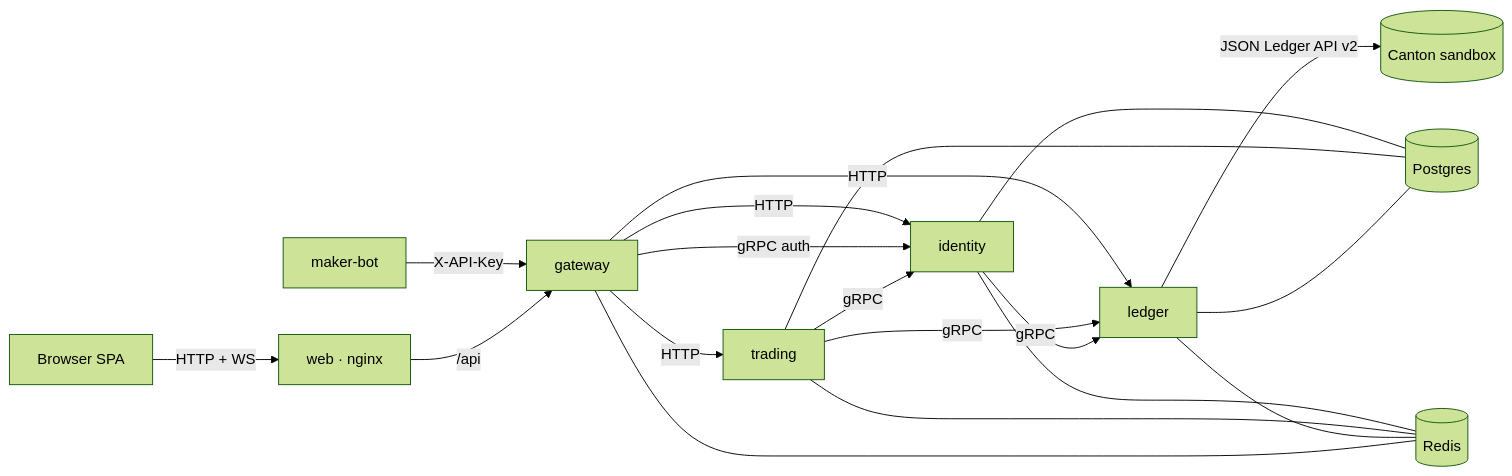
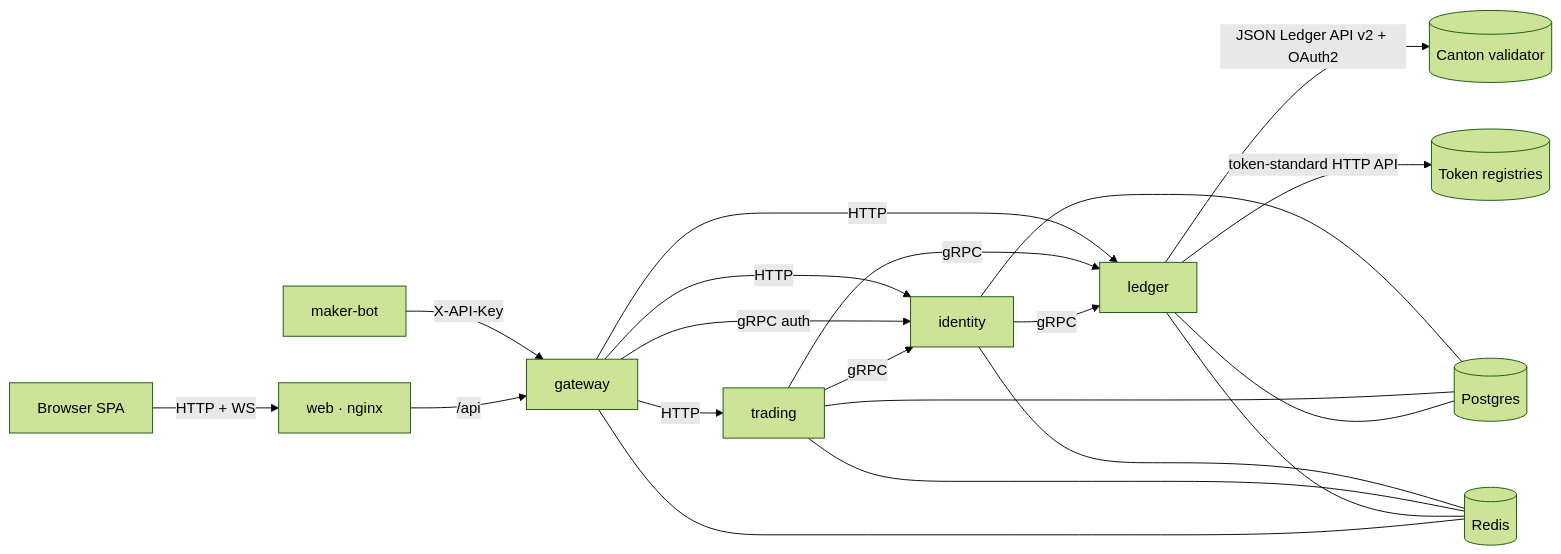
One commit to vbloher/canton-private-otc-desk changed the diagram in README.md. Above: the diagram before and after it, drawn with Mermaid (forest theme). The commit also changed other lines of this file and 426 other files, not shown here.

First line of the commit message:
Connect to real Canton networks and drop the sandbox

````diff
--- a/README.md
+++ b/README.md
@@ -37,21 +39,22 @@
 ```mermaid
 graph LR
   B[Browser SPA] -->|HTTP + WS| W[web · nginx]
   BOT[maker-bot] -->|X-API-Key| G
   W -->|/api| G[gateway]
   G -->|HTTP| I[identity]
   G -->|HTTP| T[trading]
   G -->|HTTP| L[ledger]
   G -->|gRPC auth| I
   T -->|gRPC| L
   T -->|gRPC| I
   I -->|gRPC| L
-  L -->|JSON Ledger API v2| C[(Canton sandbox)]
+  L -->|JSON Ledger API v2 + OAuth2| C[(Canton validator)]
+  L -->|token-standard HTTP API| REG[(Token registries)]
   I --- PG[(Postgres)]
   T --- PG
   L --- PG
   I --- R[(Redis)]
   T --- R
   L --- R
   G --- R
 ```
````
